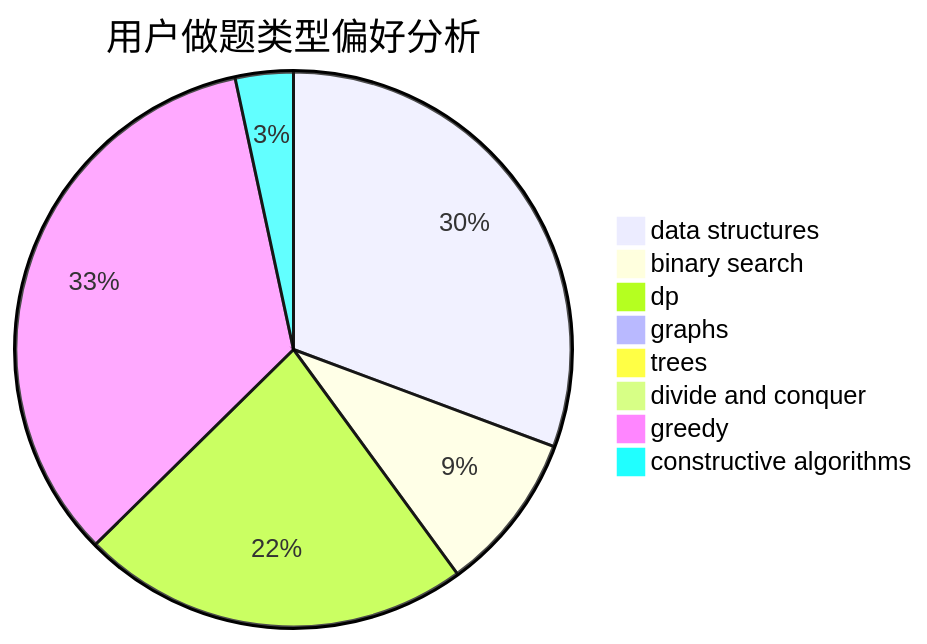
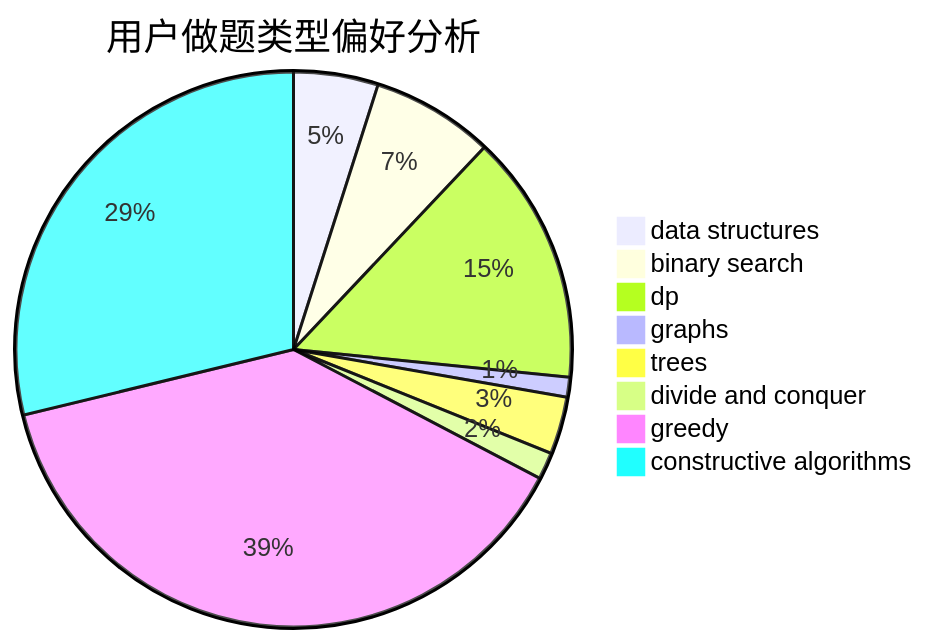
One commit to sherpahu/cfrs.github.io changed the second of 3 diagrams in docs/user/u2132.md. Above: the diagram before and after it, drawn with Mermaid. The commit also changed other lines of this file and 2770 other files, not shown here.

````diff
--- a/docs/user/u2132.md
+++ b/docs/user/u2132.md
@@ -23,11 +23,11 @@
 ```mermaid
 pie title 用户做题类型偏好分析
-    "data structures" :  582
-    "binary search" :  176
-    "dp" :  430
-    "graphs" :  13
-    "trees" :  11
-    "divide and conquer" :  8
-    "greedy" :  645
-    "constructive algorithms" :  64
+    "data structures" :  47
+    "binary search" :  68
+    "dp" :  139
+    "graphs" :  11
+    "trees" :  32
+    "divide and conquer" :  15
+    "greedy" :  368
+    "constructive algorithms" :  275
 ```
````
